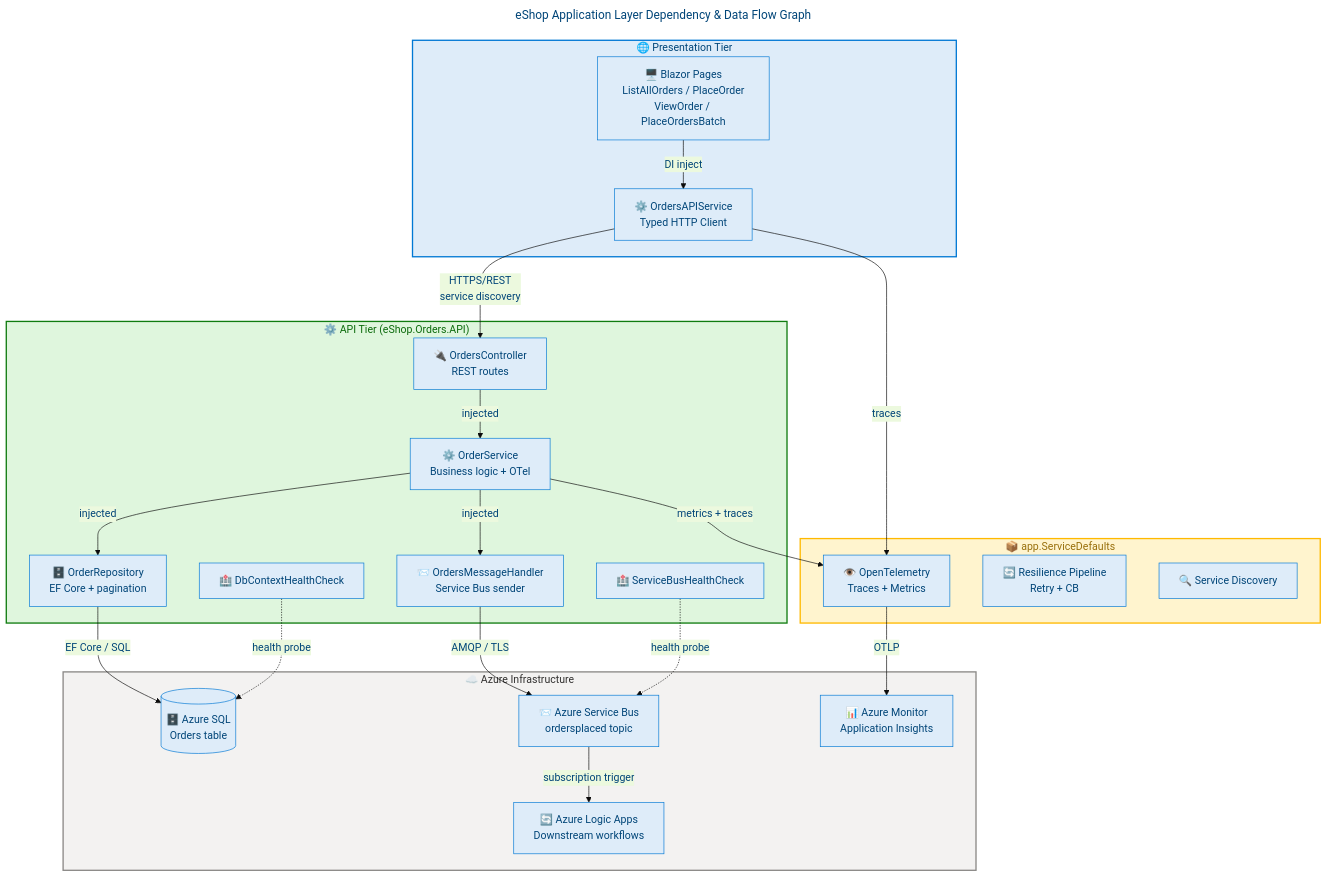
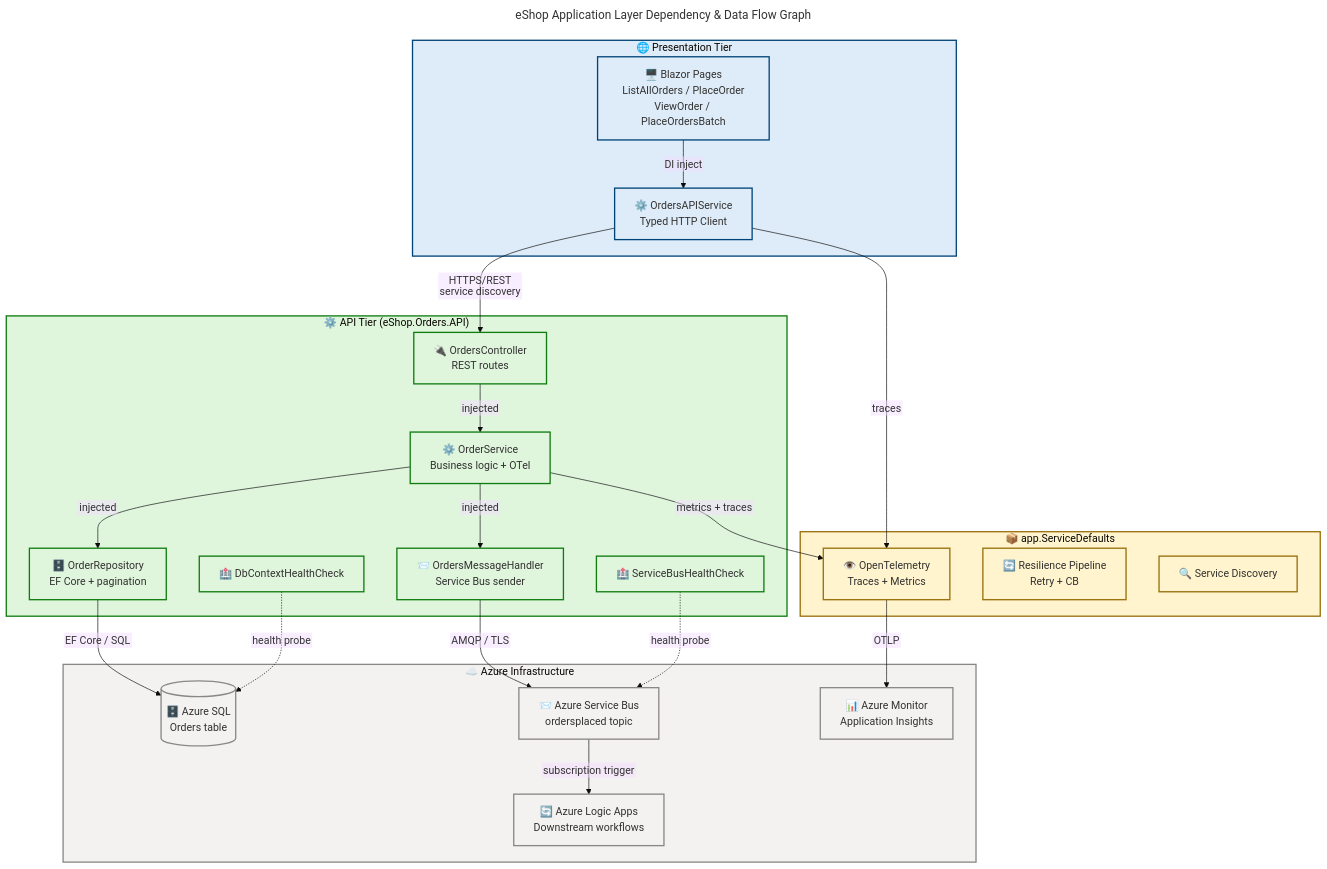
One commit to Evilazaro/Azure-LogicApps-Monitoring changed the seventh of 9 diagrams in docs/architecture/Application-Layer-Architecture.md. Above: the diagram before and after it, drawn with Mermaid. The commit also changed other lines of this file, not shown here.

Commit message:
docs: enhance clarity and accessibility in Application Layer architecture diagrams

````diff
--- a/docs/architecture/Application-Layer-Architecture.md
+++ b/docs/architecture/Application-Layer-Architecture.md
@@ -1852,60 +1911,75 @@
 ```mermaid
 ---
-title: eShop Application Layer Dependency & Data Flow Graph
+title: "eShop Application Layer Dependency & Data Flow Graph"
 config:
   theme: base
   themeVariables:
-    primaryColor: '#DEECF9'
-    primaryBorderColor: '#0078D4'
-    primaryTextColor: '#004578'
+    fontSize: '16px'
+  flowchart:
+    htmlLabels: false
 ---
 flowchart TD
     accTitle: eShop Application Layer Dependency and Data Flow Graph
     accDescr: Shows all service-to-service dependencies and data flows from UI through API to infrastructure services
+
+    %% ═══════════════════════════════════════════════════════════════════════════
+    %% AZURE / FLUENT ARCHITECTURE PATTERN v1.1
+    %% (Semantic + Structural + Font + Accessibility Governance)
+    %% ═══════════════════════════════════════════════════════════════════════════
 
     subgraph presentation["🌐 Presentation Tier"]
         blazor["🖥️ Blazor Pages<br/>ListAllOrders / PlaceOrder<br/>ViewOrder / PlaceOrdersBatch"]
         apiSvc["⚙️ OrdersAPIService<br/>Typed HTTP Client"]
     end
 
     subgraph api["⚙️ API Tier (eShop.Orders.API)"]
         ctrl["🔌 OrdersController<br/>REST routes"]
         ordSvc["⚙️ OrderService<br/>Business logic + OTel"]
         ordRepo["🗄️ OrderRepository<br/>EF Core + pagination"]
         msgHandler["📨 OrdersMessageHandler<br/>Service Bus sender"]
         hcDb["🏥 DbContextHealthCheck"]
         hcSb["🏥 ServiceBusHealthCheck"]
     end
 
     subgraph shared["📦 app.ServiceDefaults"]
         otel["👁️ OpenTelemetry<br/>Traces + Metrics"]
         resil["🔄 Resilience Pipeline<br/>Retry + CB"]
         svcDisc["🔍 Service Discovery"]
     end
 
     subgraph infra["☁️ Azure Infrastructure"]
         sql[("🗄️ Azure SQL<br/>Orders table")]
         sb["📨 Azure Service Bus<br/>ordersplaced topic"]
         mon["📊 Azure Monitor<br/>Application Insights"]
         la["🔄 Azure Logic Apps<br/>Downstream workflows"]
     end
 
     blazor -->|"DI inject"| apiSvc
     apiSvc -->|"HTTPS/REST<br/>service discovery"| ctrl
     ctrl -->|"injected"| ordSvc
     ordSvc -->|"injected"| ordRepo
     ordSvc -->|"injected"| msgHandler
     ordRepo -->|"EF Core / SQL"| sql
     msgHandler -->|"AMQP / TLS"| sb
     sb -->|"subscription trigger"| la
     hcDb -.->|"health probe"| sql
     hcSb -.->|"health probe"| sb
     ordSvc -->|"metrics + traces"| otel
     apiSvc -->|"traces"| otel
     otel -->|"OTLP"| mon
 
-    style presentation fill:#DEECF9,stroke:#0078D4,stroke-width:2px,color:#004578
-    style api fill:#DFF6DD,stroke:#107C10,stroke-width:2px,color:#0B6A0B
-    style shared fill:#FFF4CE,stroke:#FFB900,stroke-width:2px,color:#986F0B
+    classDef azureBlue fill:#DEECF9,stroke:#004578,stroke-width:2px,color:#323130
+    classDef successGreen fill:#DFF6DD,stroke:#107C10,stroke-width:2px,color:#323130
+    classDef warningYellow fill:#FFF4CE,stroke:#986F0B,stroke-width:2px,color:#323130
+    classDef neutralGrey fill:#F3F2F1,stroke:#8A8886,stroke-width:2px,color:#323130
+
+    class blazor,apiSvc azureBlue
+    class ctrl,ordSvc,ordRepo,msgHandler,hcDb,hcSb successGreen
+    class otel,resil,svcDisc warningYellow
+    class sql,sb,mon,la neutralGrey
+
+    style presentation fill:#DEECF9,stroke:#004578,stroke-width:2px,color:#323130
+    style api fill:#DFF6DD,stroke:#107C10,stroke-width:2px,color:#323130
+    style shared fill:#FFF4CE,stroke:#986F0B,stroke-width:2px,color:#323130
     style infra fill:#F3F2F1,stroke:#8A8886,stroke-width:2px,color:#323130
 ```
````
